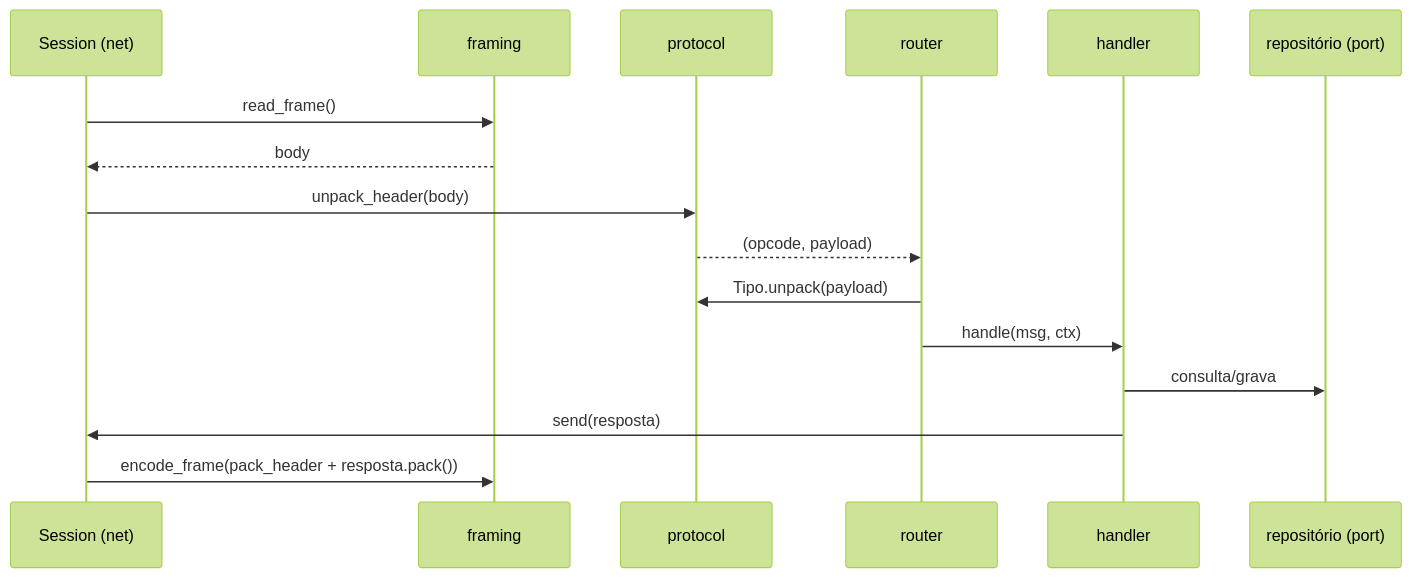
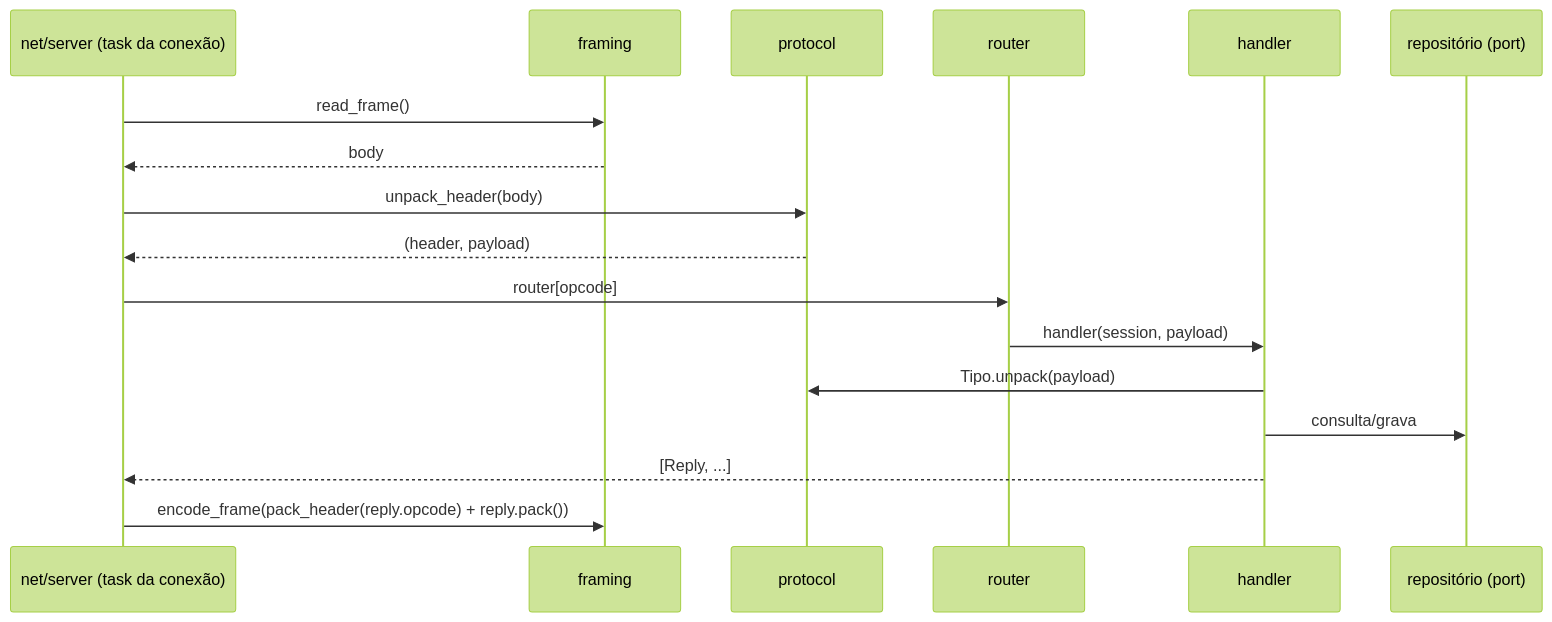
The second of 2 diagrams in docs/architecture/03-emulator.md (erycson/landmass-emulator), drawn with Mermaid (forest theme) before and after one commit. The commit also changed other lines of this file and 41 other files, not shown here.

````diff
--- a/docs/architecture/03-emulator.md
+++ b/docs/architecture/03-emulator.md
@@ -73,18 +76,19 @@
 ```mermaid
 sequenceDiagram
-  participant S as Session (net)
+  participant N as net/server (task da conexão)
   participant F as framing
   participant P as protocol
   participant R as router
   participant H as handler
   participant Repo as repositório (port)
-  S->>F: read_frame()
-  F-->>S: body
-  S->>P: unpack_header(body)
-  P-->>R: (opcode, payload)
-  R->>P: Tipo.unpack(payload)
-  R->>H: handle(msg, ctx)
+  N->>F: read_frame()
+  F-->>N: body
+  N->>P: unpack_header(body)
+  P-->>N: (header, payload)
+  N->>R: router[opcode]
+  R->>H: handler(session, payload)
+  H->>P: Tipo.unpack(payload)
   H->>Repo: consulta/grava
-  H->>S: send(resposta)
-  S->>F: encode_frame(pack_header + resposta.pack())
+  H-->>N: [Reply, ...]
+  N->>F: encode_frame(pack_header(reply.opcode) + reply.pack())
 ```
````
